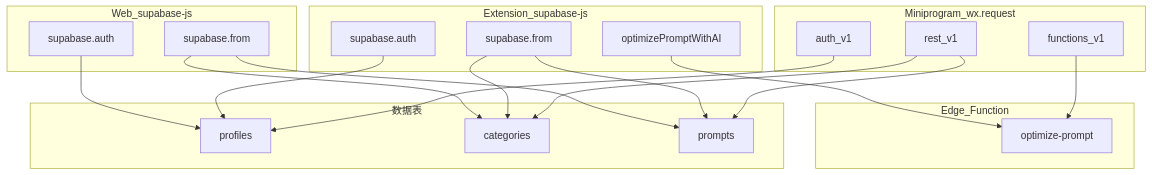
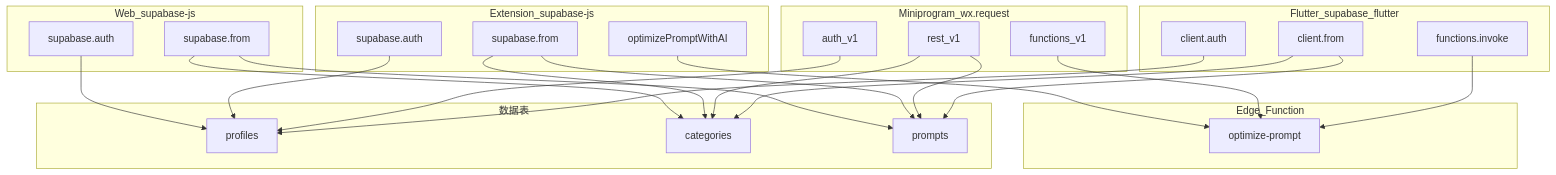
Before and after one commit to longlong007/PromptsManager: the seventh of 8 diagrams in note/module.mmd, drawn with Mermaid. The commit also changed other lines of this file and 15 other files, not shown here.

Commit message:
feat: 优化画图

````diff
--- a/note/module.mmd
+++ b/note/module.mmd
@@ -231,38 +308,47 @@
 ```mermaid
 flowchart TD
     subgraph WebOps[Web_supabase-js]
         WAuth[supabase.auth]
         WDB[supabase.from]
     end
 
     subgraph ExtOps[Extension_supabase-js]
         EAuth[supabase.auth]
         EDB[supabase.from]
         EFn[optimizePromptWithAI]
     end
 
     subgraph MpOps[Miniprogram_wx.request]
         MAuth[auth_v1]
         MDB[rest_v1]
         MFn[functions_v1]
+    end
+
+    subgraph FlutterOps[Flutter_supabase_flutter]
+        FAuth[client.auth]
+        FDB[client.from]
+        FFn[functions.invoke]
     end
 
     subgraph Tables[数据表]
         Profiles[profiles]
         Categories[categories]
         Prompts[prompts]
     end
 
     subgraph EdgeFn[Edge_Function]
         Optimize[optimize-prompt]
     end
 
     WAuth --> Profiles
     WDB --> Categories & Prompts
     EAuth --> Profiles
     EDB --> Categories & Prompts
     EFn --> Optimize
     MAuth --> Profiles
     MDB --> Categories & Prompts
     MFn --> Optimize
+    FAuth --> Profiles
+    FDB --> Categories & Prompts
+    FFn --> Optimize
 ```
````
